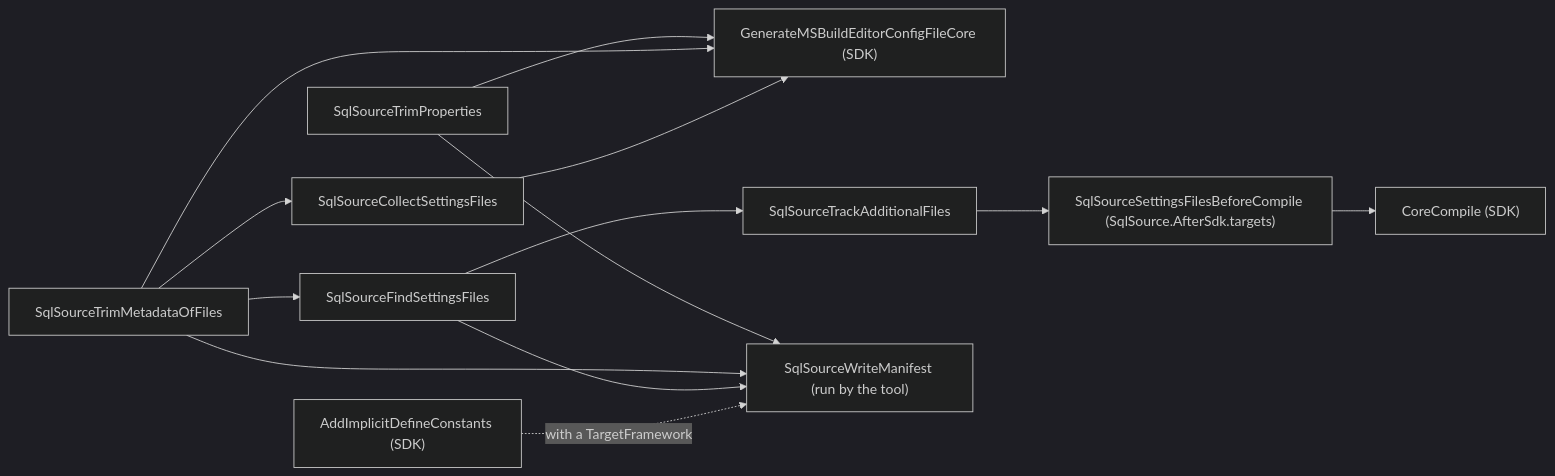
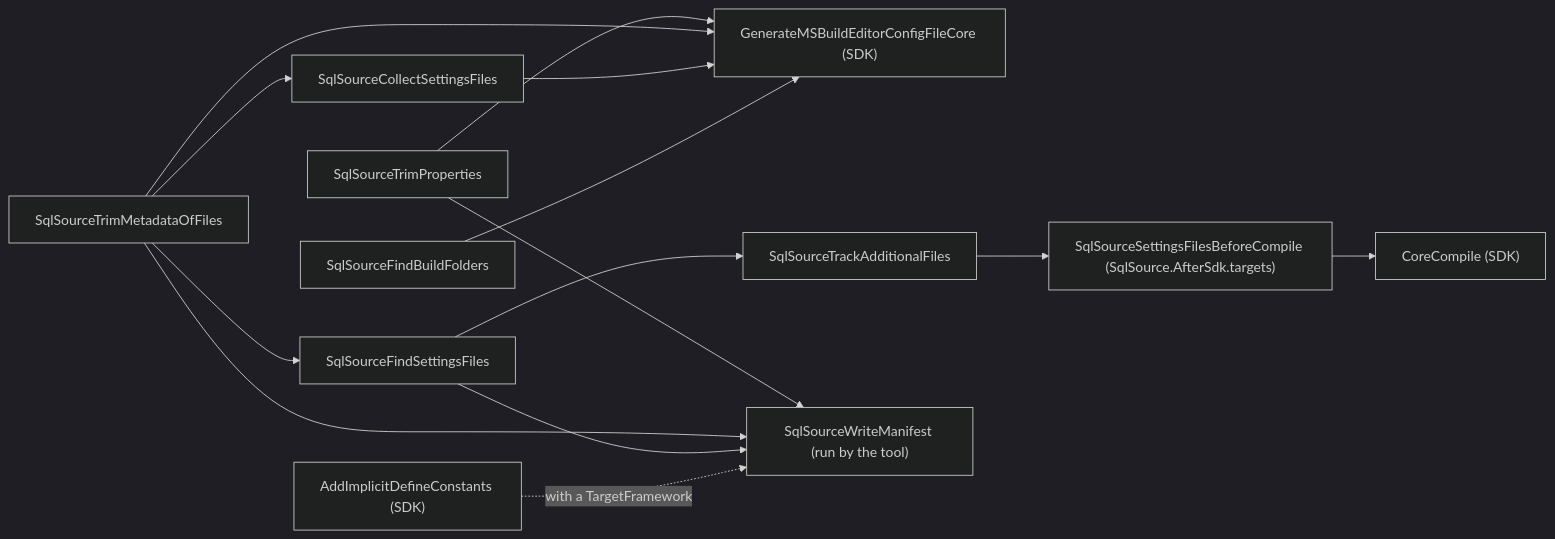
The diagram in docs/architecture/msbuild-and-manifest.md (mbcrawfo/SqlSource), drawn with Mermaid (dark theme) before and after one commit. The commit also changed other lines of this file and 17 other files, not shown here.

````diff
--- a/docs/architecture/msbuild-and-manifest.md
+++ b/docs/architecture/msbuild-and-manifest.md
@@ -18,15 +18,16 @@
 ```mermaid
 flowchart LR
     trimProperties["SqlSourceTrimProperties"] --> sdk["GenerateMSBuildEditorConfigFileCore (SDK)"]
     trimMetadata["SqlSourceTrimMetadataOfFiles"] --> collect["SqlSourceCollectSettingsFiles"]
     trimMetadata --> sdk
     collect --> sdk
+    folders["SqlSourceFindBuildFolders"] --> sdk
     trimMetadata --> find["SqlSourceFindSettingsFiles"]
     find --> track["SqlSourceTrackAdditionalFiles"]
     track --> late["SqlSourceSettingsFilesBeforeCompile (SqlSource.AfterSdk.targets)"]
     late --> compile["CoreCompile (SDK)"]
     trimProperties --> manifest["SqlSourceWriteManifest (run by the tool)"]
     trimMetadata --> manifest
     find --> manifest
     defines["AddImplicitDefineConstants (SDK)"] -.->|"with a TargetFramework"| manifest
 ```
````
